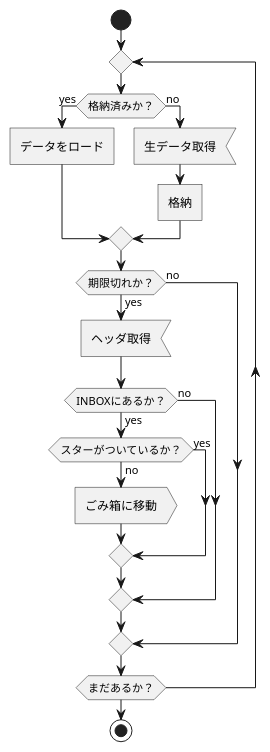
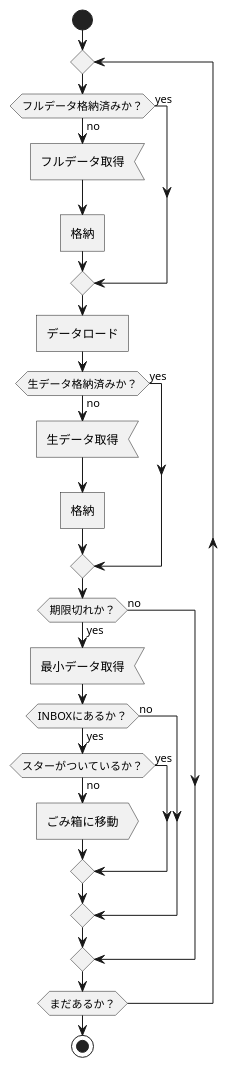
The diagram in docs/Flow.pu (ShTair/GmailBackupper), drawn with PlantUML before and after one commit. The commit also changed 2 other files, not shown here.

```diff
--- a/docs/Flow.pu
+++ b/docs/Flow.pu
@@ -1,25 +1,32 @@
 start
 
 repeat
 
-    if (格納済みか？) then (yes)
-      :データをロード]
+    if (フルデータ格納済みか？) then (yes)
     else (no)
-      :生データ取得<
+      :フルデータ取得<
       :格納]
     endif
 
+    :データロード]
+
+    if (生データ格納済みか？) then (yes)
+    else (no)
+    :生データ取得<
+    :格納]
+    endif
+
     if (期限切れか？) then (yes)
-      :ヘッダ取得<
+      :最小データ取得<
       if (INBOXにあるか？) then (yes)
         if (スターがついているか？) then (yes)
         else (no)
         :ごみ箱に移動>
         endif
         else (no)
       endif
     else (no)
     endif
 repeat while (まだあるか？)
 
 stop
```
